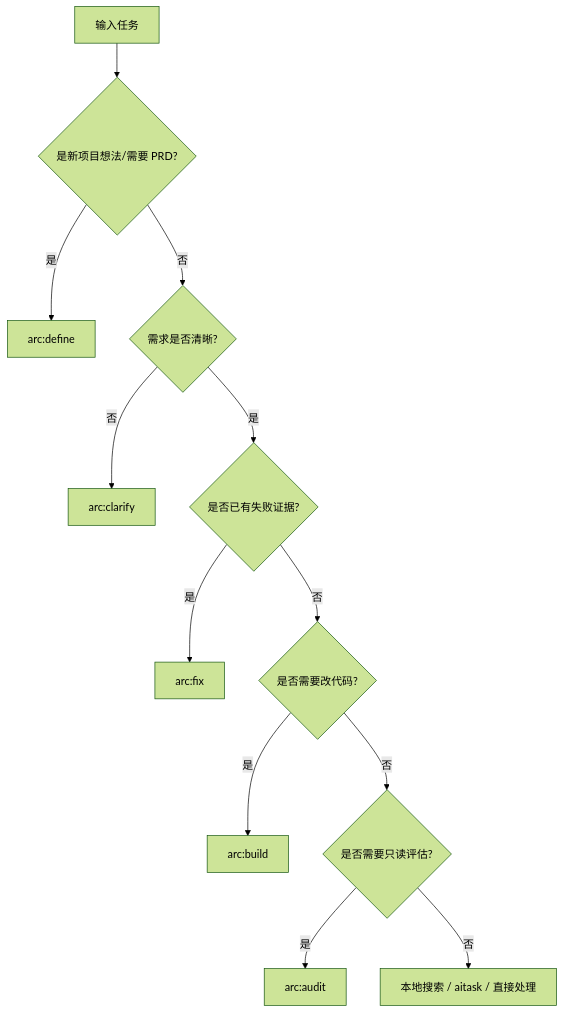
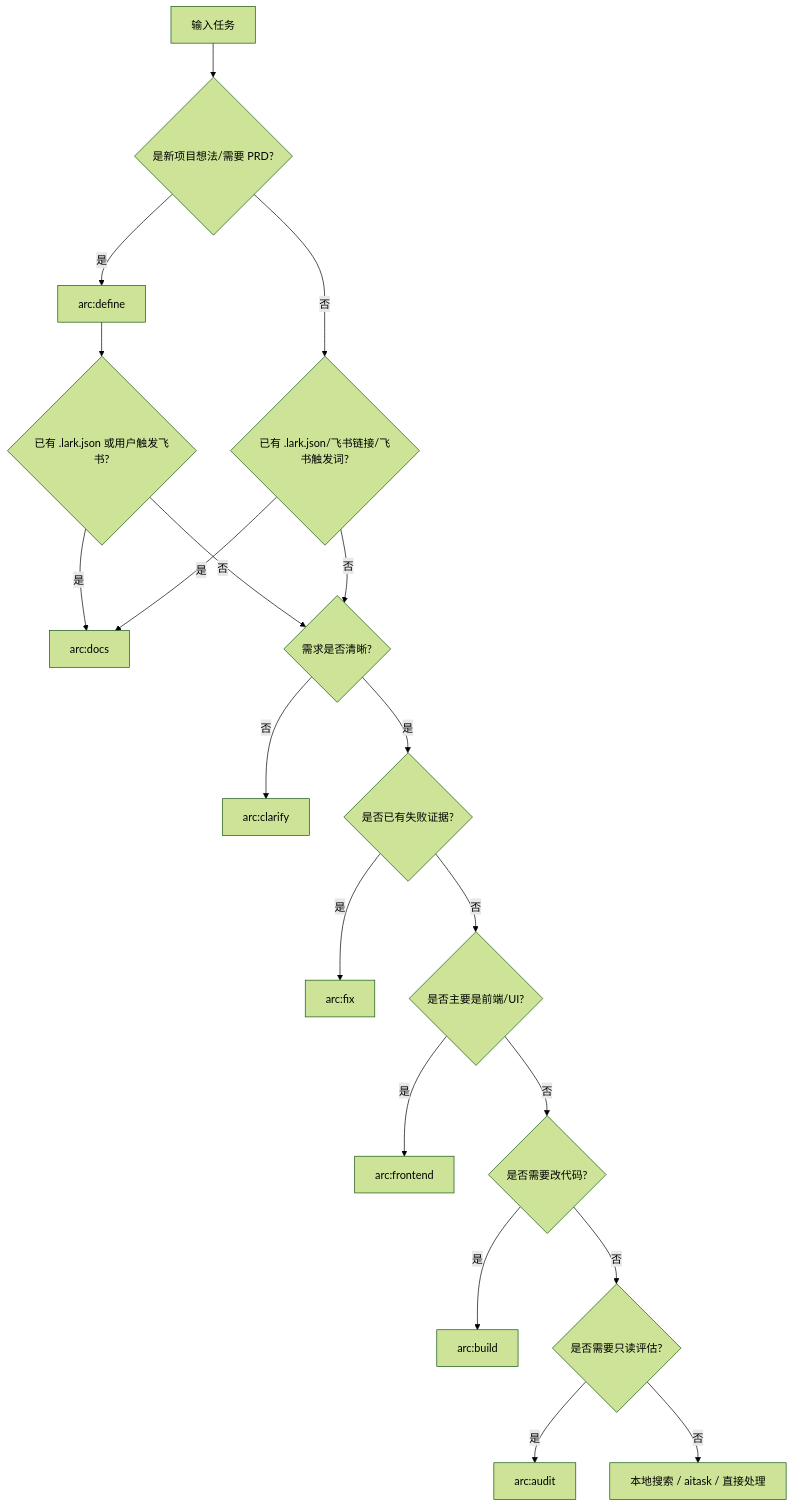
One commit to iwen-conf/Skills changed the diagram in docs/arc-routing-matrix.md. Above: the diagram before and after it, drawn with Mermaid (forest theme). The commit also changed other lines of this file and 27 other files, not shown here.

````diff
--- a/docs/arc-routing-matrix.md
+++ b/docs/arc-routing-matrix.md
@@ -15,14 +17,21 @@
 ```mermaid
 flowchart TD
     A[输入任务] --> P{是新项目想法/需要 PRD?}
     P -- 是 --> Q[arc:define]
-    P -- 否 --> B{需求是否清晰?}
+    Q --> L{已有 .lark.json 或用户触发飞书?}
+    L -- 是 --> M[arc:docs]
+    L -- 否 --> B{需求是否清晰?}
+    P -- 否 --> N{已有 .lark.json/飞书链接/飞书触发词?}
+    N -- 是 --> M
+    N -- 否 --> B{需求是否清晰?}
     B -- 否 --> C[arc:clarify]
     B -- 是 --> D{是否已有失败证据?}
     D -- 是 --> F[arc:fix]
-    D -- 否 --> E{是否需要改代码?}
+    D -- 否 --> U{是否主要是前端/UI?}
+    U -- 是 --> V[arc:frontend]
+    U -- 否 --> E{是否需要改代码?}
     E -- 是 --> G[arc:build]
     E -- 否 --> H{是否需要只读评估?}
     H -- 是 --> I[arc:audit]
     H -- 否 --> J[本地搜索 / aitask / 直接处理]
 ```
````
